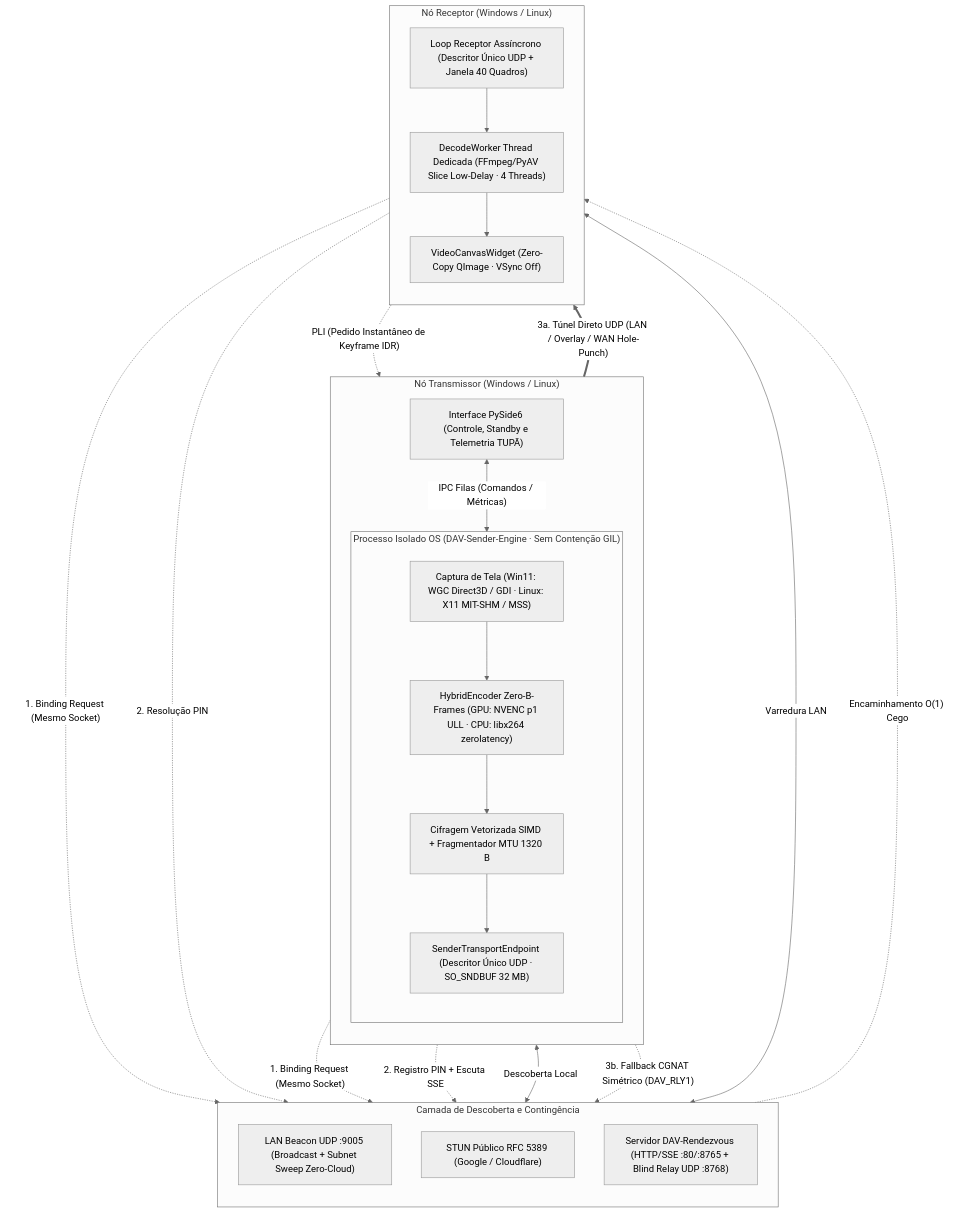
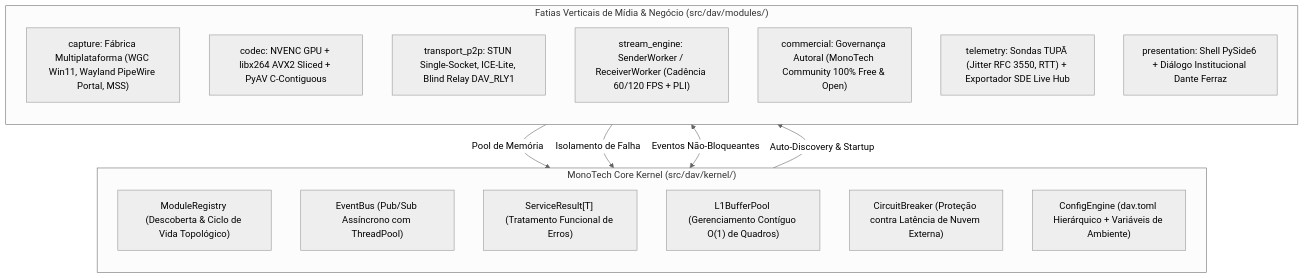
One commit to DanteFerraz/DA-V__Distribuidor_Aamplo-Video changed the diagram in README.md. Above: the diagram before and after it, drawn with Mermaid (neutral theme). The commit also changed other lines of this file and 60 other files, not shown here.

Commit message:
feat(core): migracao para arquitetura modular MonoTech Core Kernel v2.0 e modulo comercial comunitário livre v4.0.0

````diff
--- a/README.md
+++ b/README.md
@@ -37,43 +37,28 @@
 ```mermaid
 flowchart TB
-    subgraph TX_HOST ["Nó Transmissor (Windows / Linux)"]
+    subgraph KERNEL ["MonoTech Core Kernel (src/dav/kernel/)"]
         direction TB
-        UI_TX["Interface PySide6 (Controle, Standby e Telemetria TUPÃ)"]
-        subgraph TX_PROC ["Processo Isolado OS (DAV-Sender-Engine · Sem Contenção GIL)"]
-            direction TB
-            CAP["Captura de Tela (Win11: WGC Direct3D / GDI · Linux: X11 MIT-SHM / MSS)"]
-            ENC["HybridEncoder Zero-B-Frames (GPU: NVENC p1 ULL · CPU: libx264 zerolatency)"]
-            CIPHER_TX["Cifragem Vetorizada SIMD + Fragmentador MTU 1320 B"]
-            SOCK_TX["SenderTransportEndpoint (Descritor Único UDP · SO_SNDBUF 32 MB)"]
-            CAP --> ENC --> CIPHER_TX --> SOCK_TX
-        end
-        UI_TX <-->|"IPC Filas (Comandos / Métricas)"| TX_PROC
+        REG["ModuleRegistry (Descoberta & Ciclo de Vida Topológico)"]
+        BUS["EventBus (Pub/Sub Assíncrono com ThreadPool)"]
+        RES["ServiceResult[T] (Tratamento Funcional de Erros)"]
+        POOL["L1BufferPool (Gerenciamento Contíguo O(1) de Quadros)"]
+        CB["CircuitBreaker (Proteção contra Latência de Nuvem Externa)"]
+        CONF["ConfigEngine (dav.toml Hierárquico + Variáveis de Ambiente)"]
     end
 
-    subgraph CLOUD ["Camada de Descoberta e Contingência"]
+    subgraph SLICES ["Fatias Verticais de Mídia & Negócio (src/dav/modules/)"]
         direction TB
-        BEACON["LAN Beacon UDP :9005 (Broadcast + Subnet Sweep Zero-Cloud)"]
-        STUN_PUB["STUN Público RFC 5389 (Google / Cloudflare)"]
-        RDV["Servidor DAV-Rendezvous (HTTP/SSE :80/:8765 + Blind Relay UDP :8768)"]
+        CAP["capture: Fábrica Multiplataforma (WGC Win11, Wayland PipeWire Portal, MSS)"]
+        COD["codec: NVENC GPU + libx264 AVX2 Sliced + PyAV C-Contiguous"]
+        NET["transport_p2p: STUN Single-Socket, ICE-Lite, Blind Relay DAV_RLY1"]
+        ENG["stream_engine: SenderWorker / ReceiverWorker (Cadência 60/120 FPS + PLI)"]
+        COM["commercial: Governança Autoral (MonoTech Community 100% Free & Open)"]
+        TEL["telemetry: Sondas TUPÃ (Jitter RFC 3550, RTT) + Exportador SDE Live Hub"]
+        UI["presentation: Shell PySide6 + Diálogo Institucional Dante Ferraz"]
     end
 
-    subgraph RX_HOST ["Nó Receptor (Windows / Linux)"]
-        direction TB
-        SOCK_RX["Loop Receptor Assíncrono (Descritor Único UDP + Janela 40 Quadros)"]
-        DEC_W["DecodeWorker Thread Dedicada (FFmpeg/PyAV Slice Low-Delay · 4 Threads)"]
-        CANVAS["VideoCanvasWidget (Zero-Copy QImage · VSync Off)"]
-        SOCK_RX --> DEC_W --> CANVAS
-    end
-
-    SOCK_TX -.->|"1. Binding Request (Mesmo Socket)"| STUN_PUB
-    SOCK_RX -.->|"1. Binding Request (Mesmo Socket)"| STUN_PUB
-    UI_TX -.->|"2. Registro PIN + Escuta SSE"| RDV
-    SOCK_RX -.->|"2. Resolução PIN"| RDV
-    UI_TX <-->|"Descoberta Local"| BEACON
-    BEACON <-->|"Varredura LAN"| SOCK_RX
-
-    SOCK_TX ==>|"3a. Túnel Direto UDP (LAN / Overlay / WAN Hole-Punch)"| SOCK_RX
-    SOCK_RX -.->|"PLI (Pedido Instantâneo de Keyframe IDR)"| SOCK_TX
-    SOCK_TX -.->|"3b. Fallback CGNAT Simétrico (DAV_RLY1)"| RDV
-    RDV -.->|"Encaminhamento O(1) Cego"| SOCK_RX
+    REG -->|"Auto-Discovery & Startup"| SLICES
+    SLICES <-->|"Eventos Não-Bloqueantes"| BUS
+    ENG -->|"Pool de Memória"| POOL
+    TEL -->|"Isolamento de Falha"| CB
 ```
````
